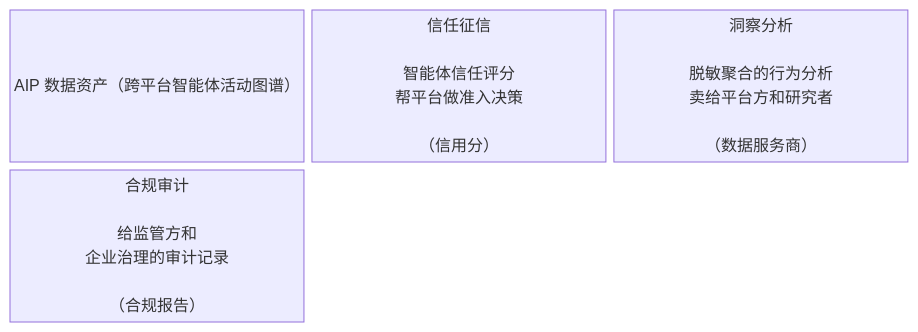
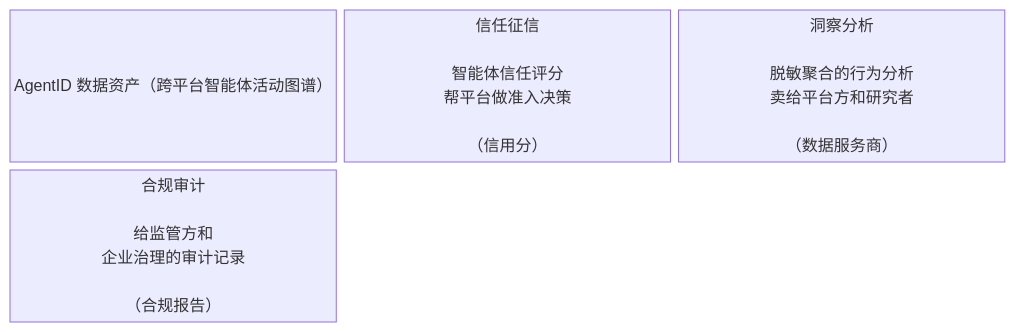
Before and after one commit to agentscope-ai/agent-identity: the diagram in design/Commercialization.md, drawn with Mermaid. The commit also changed other lines of this file and 10 other files, not shown here.

````diff
--- a/design/Commercialization.md
+++ b/design/Commercialization.md
@@ -46,9 +46,9 @@
 ```mermaid
 block-beta
     columns 1
-    A["AIP 数据资产（跨平台智能体活动图谱）"]
+    A["AgentID 数据资产（跨平台智能体活动图谱）"]
     columns 3
     B["信任征信\n\n智能体信任评分\n帮平台做准入决策\n\n（信用分）"]
     C["洞察分析\n\n脱敏聚合的行为分析\n卖给平台方和研究者\n\n（数据服务商）"]
     D["合规审计\n\n给监管方和\n企业治理的审计记录\n\n（合规报告）"]
 ```
````
